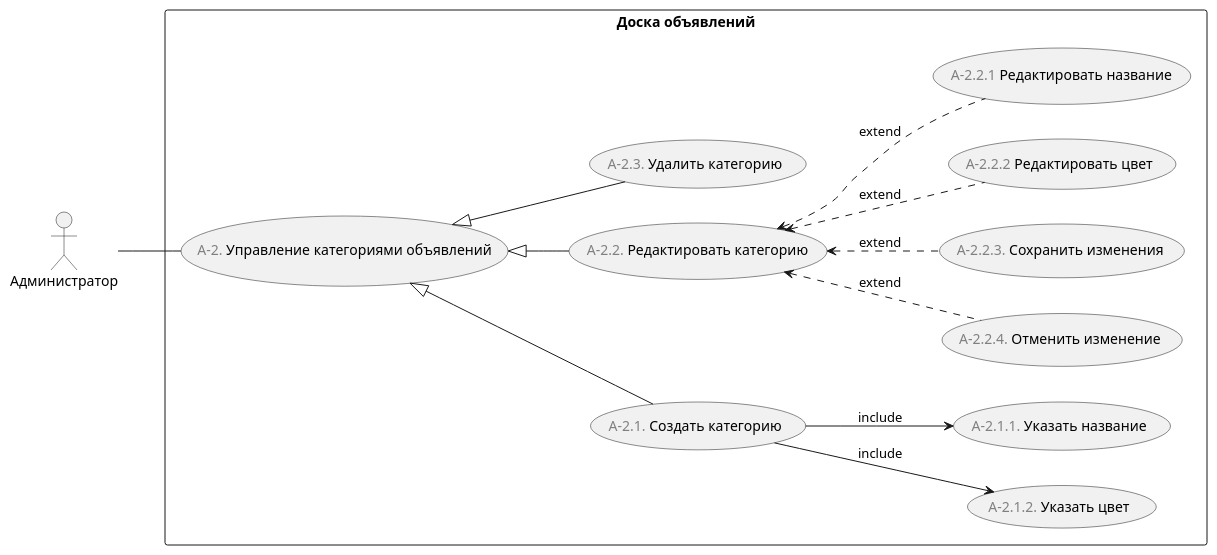
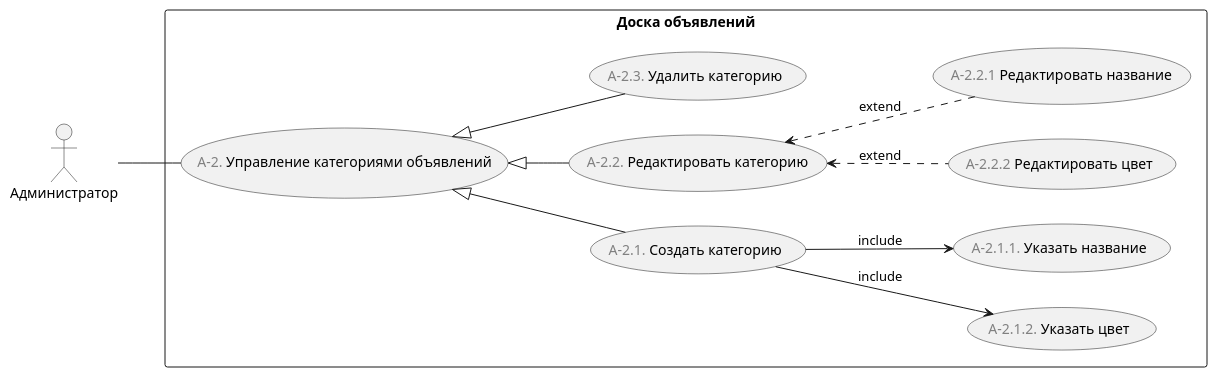
One commit to astu-app/ASTU-Bulletin-Board-Server changed the diagram in doc/диаграммы/варианты-использования/управление-категориями-объявлений.puml. Above: the diagram before and after it, drawn with PlantUML. The commit also changed 9 other files, not shown here.

```diff
--- a/doc/диаграммы/варианты-использования/управление-категориями-объявлений.puml
+++ b/doc/диаграммы/варианты-использования/управление-категориями-объявлений.puml
@@ -1,29 +1,27 @@
 @startuml
 'https://plantuml.com/use-case-diagram
 
 left to right direction
 
 :Администратор: as admin
 
 rectangle "Доска объявлений" {
     (<font color="gray">A-2.</font> Управление категориями объявлений) as manage_categories
     
     (<font color="gray">A-2.1.</font> Создать категорию) as create_category
     (<font color="gray">A-2.2.</font> Редактировать категорию) as edit_category
     (<font color="gray">A-2.3.</font> Удалить категорию) as delete_category
 
     admin -- manage_categories
     manage_categories <|-- delete_category
     manage_categories <|-- edit_category
     manage_categories <|-- create_category
     
     create_category --> (<font color="gray">A-2.1.2.</font> Указать цвет) : include
     create_category --> (<font color="gray">A-2.1.1.</font> Указать название) : include
     
-    edit_category <.. (<font color="gray">A-2.2.4.</font> Отменить изменение) : extend
-    edit_category <.. (<font color="gray">A-2.2.3.</font> Сохранить изменения) : extend
     edit_category <.. (<font color="gray">A-2.2.2</font> Редактировать цвет) : extend
     edit_category <.. (<font color="gray">A-2.2.1</font> Редактировать название) : extend
 }
 
 @enduml
```
